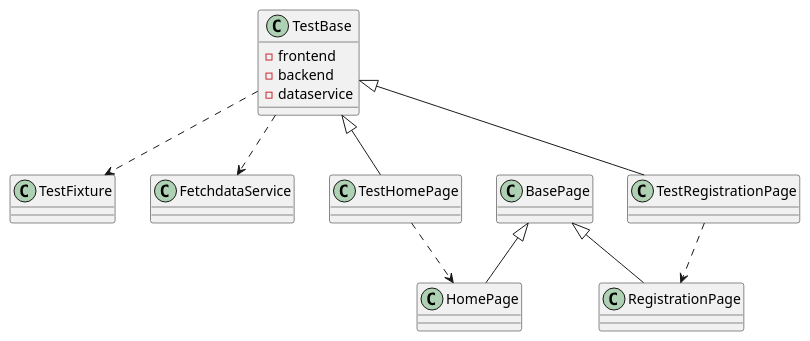
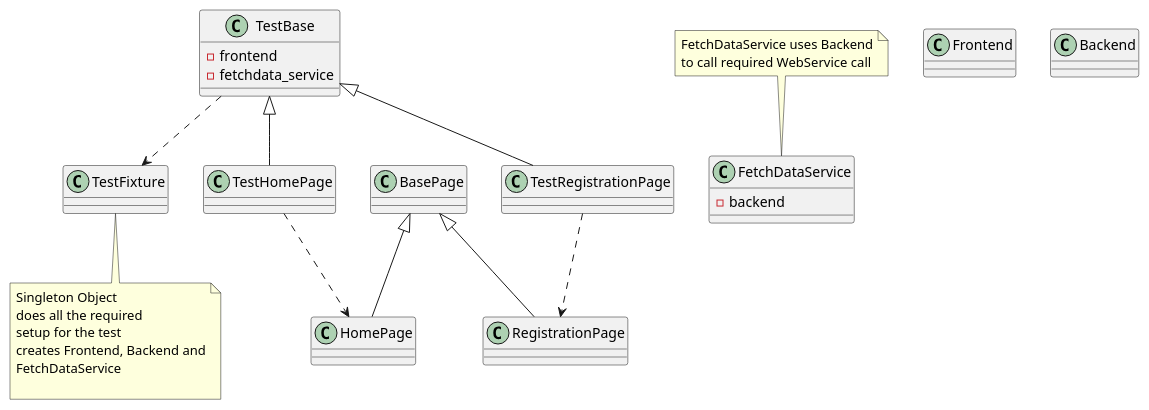
The diagram in class_diagram.puml (susmita-t/testautomation), drawn with PlantUML before and after one commit. The commit also changed other lines of this file, not shown here.

```diff
--- a/class_diagram.puml
+++ b/class_diagram.puml
@@ -1,27 +1,32 @@
 @startuml
     class TestFixture
-    class FetchdataService
+    note bottom: Singleton Object\ndoes all the required\nsetup for the test\ncreates Frontend, Backend and\nFetchDataService \n
+    
+    class FetchDataService
+        FetchDataService : -backend
+    note top: FetchDataService uses Backend\nto call required WebService call
+    class Frontend
+    class Backend
+    
     
     class BasePage
     class HomePage
     class RegistrationPage
     
     class TestBase
         TestBase : -frontend
-        TestBase : -backend
-        TestBase : -dataservice
+        TestBase : -fetchdata_service
     class TestHomePage
     class TestRegistrationPage
     
     
     BasePage <|-- HomePage
     BasePage <|-- RegistrationPage
     TestBase <|-- TestHomePage
     TestBase <|-- TestRegistrationPage
     
     TestBase ..> TestFixture
-    TestBase ..> FetchdataService
     
     TestHomePage ..> HomePage
     TestRegistrationPage ..> RegistrationPage
 @enduml
```
